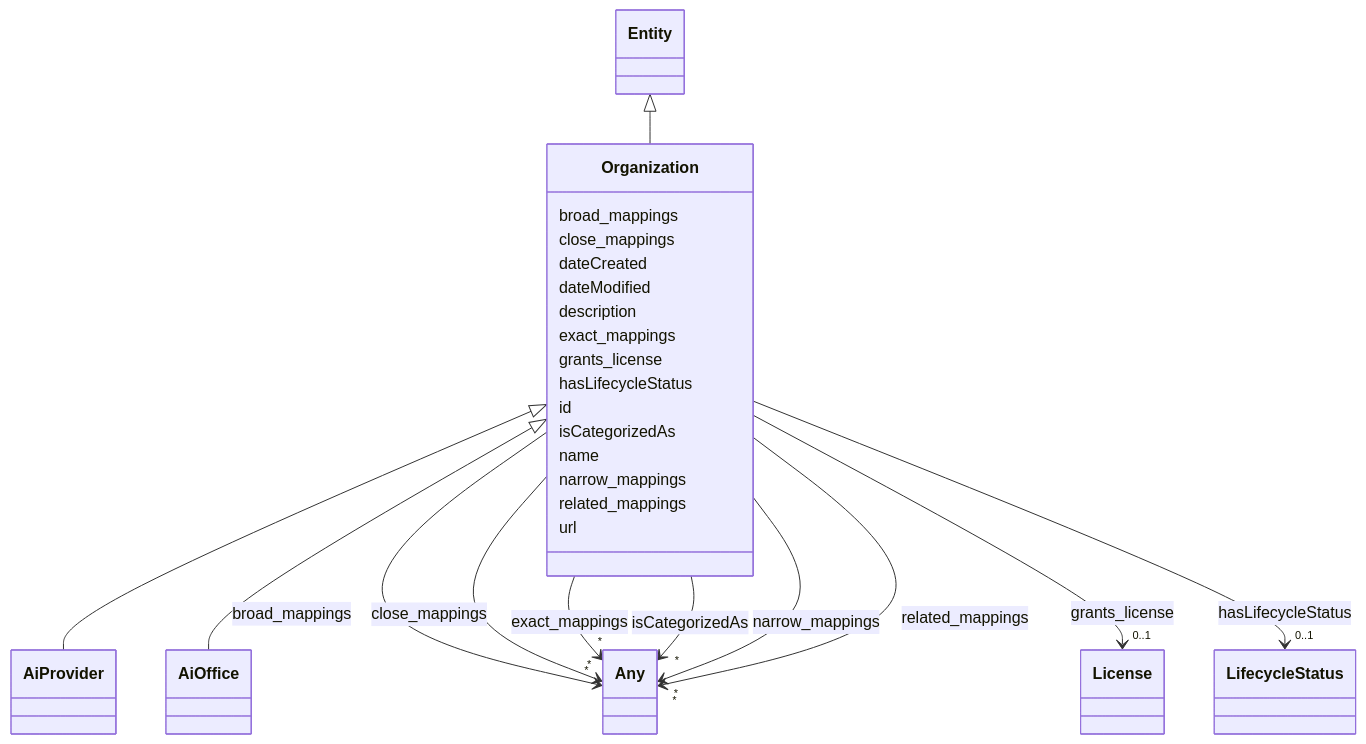
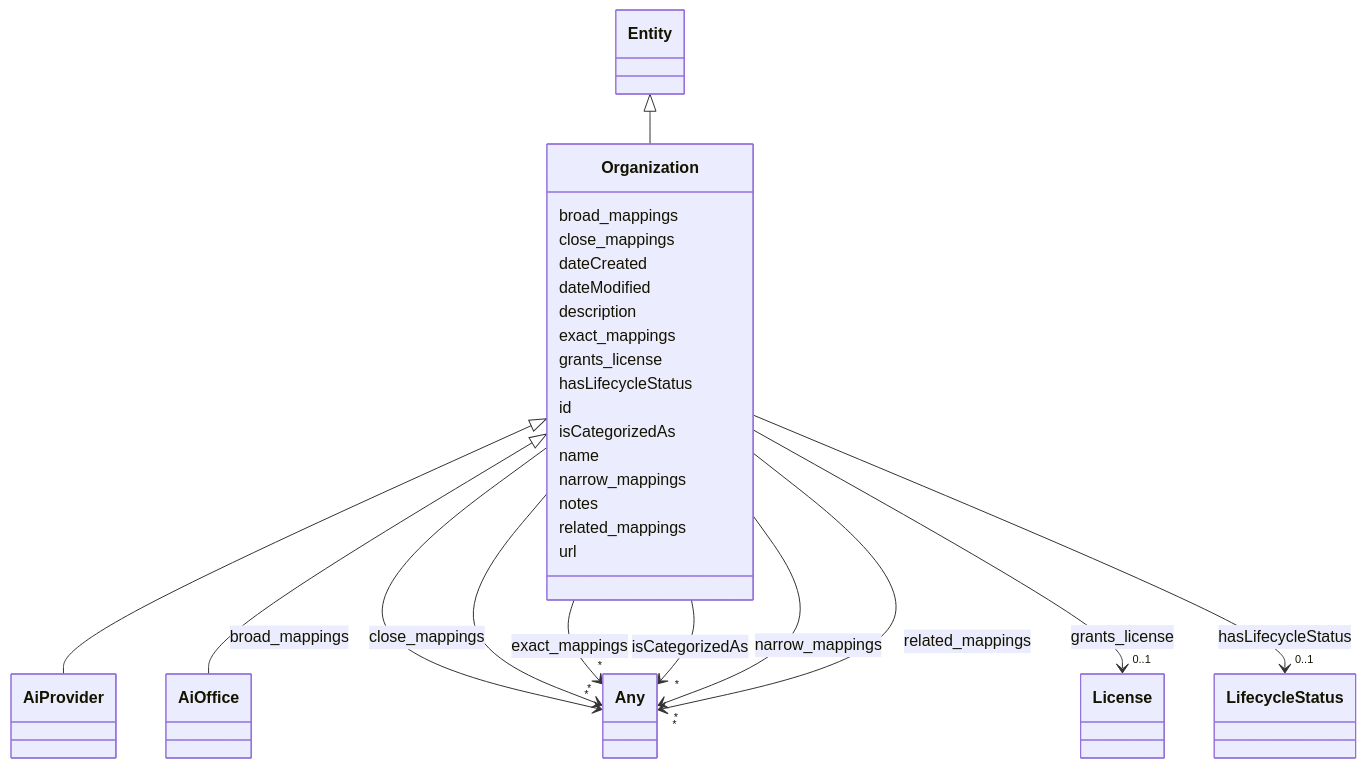
One commit to ingelise/risk-atlas-nexus changed the diagram in docs/ontology/Organization.md. Above: the diagram before and after it, drawn with Mermaid. The commit also changed other lines of this file and 318 other files, not shown here.

```diff
--- a/docs/ontology/Organization.md
+++ b/docs/ontology/Organization.md
@@ -112,6 +112,8 @@
 
 
 
+      Organization : notes
+
       Organization : related_mappings
 
 
```
